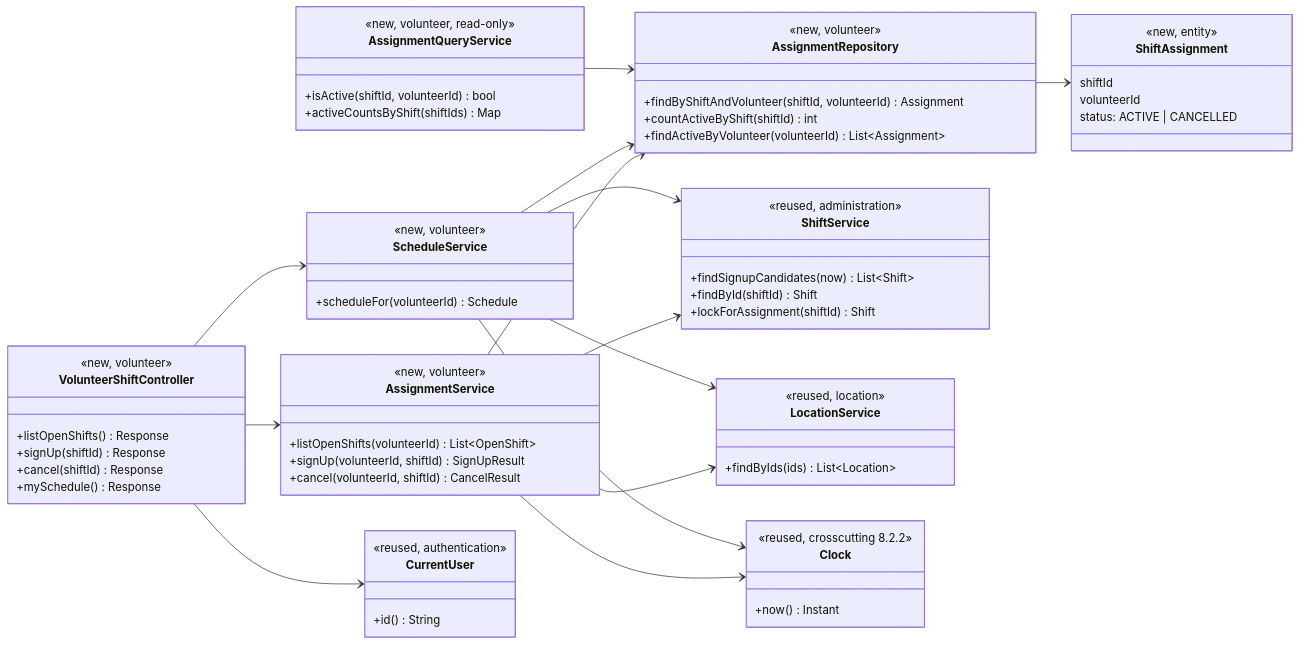
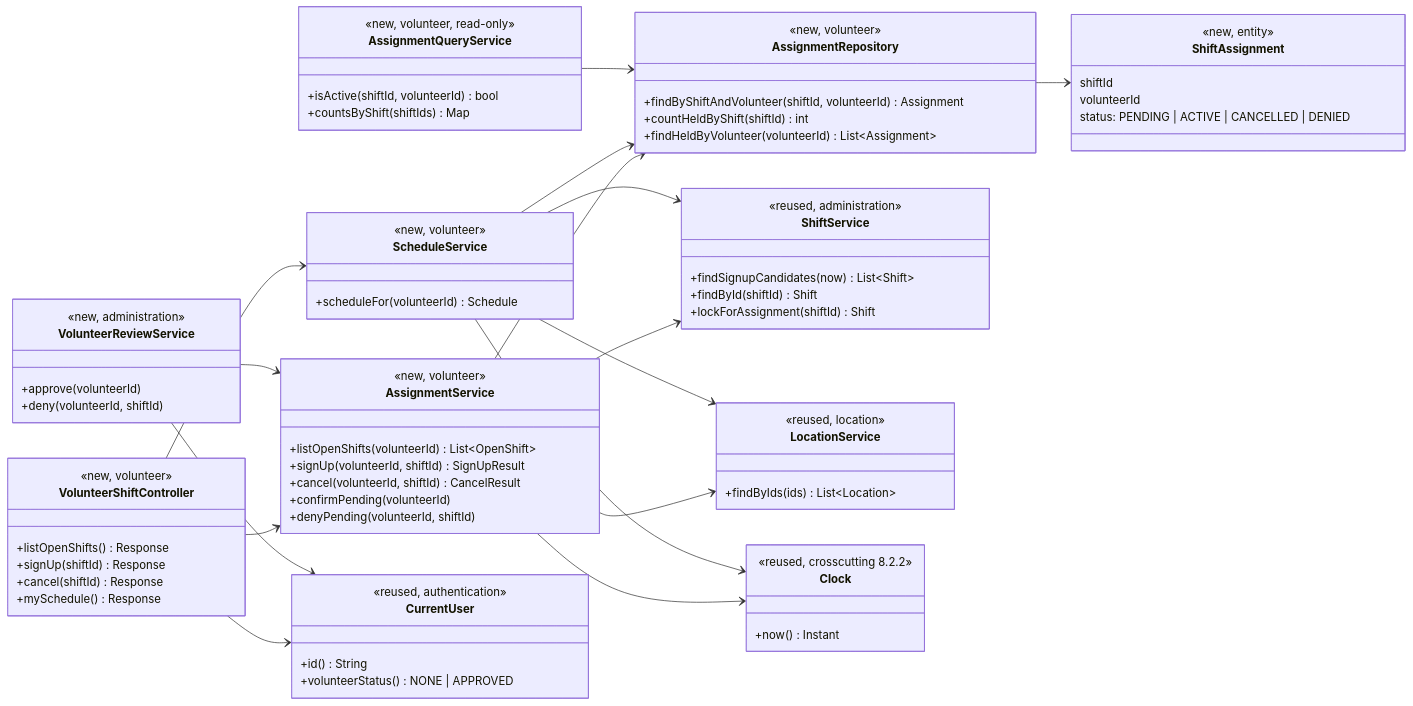
The first of 6 diagrams in docs/design/vol.md (evelyntrann/cosc-40943-team-3-refrog), drawn with Mermaid before and after one commit. The commit also changed other lines of this file and 2 other files, not shown here.

First line of the commit message:
docs: volunteer approval and per-location slot count

````diff
--- a/docs/design/vol.md
+++ b/docs/design/vol.md
@@ -54,69 +55,79 @@
 ```mermaid
 classDiagram
     direction LR
     class VolunteerShiftController {
         <<new, volunteer>>
         +listOpenShifts() Response
         +signUp(shiftId) Response
         +cancel(shiftId) Response
         +mySchedule() Response
     }
     class AssignmentService {
         <<new, volunteer>>
         +listOpenShifts(volunteerId) List~OpenShift~
         +signUp(volunteerId, shiftId) SignUpResult
         +cancel(volunteerId, shiftId) CancelResult
+        +confirmPending(volunteerId)
+        +denyPending(volunteerId, shiftId)
+    }
+    class VolunteerReviewService {
+        <<new, administration>>
+        +approve(volunteerId)
+        +deny(volunteerId, shiftId)
     }
     class ScheduleService {
         <<new, volunteer>>
         +scheduleFor(volunteerId) Schedule
     }
     class AssignmentRepository {
         <<new, volunteer>>
         +findByShiftAndVolunteer(shiftId, volunteerId) Assignment
-        +countActiveByShift(shiftId) int
-        +findActiveByVolunteer(volunteerId) List~Assignment~
+        +countHeldByShift(shiftId) int
+        +findHeldByVolunteer(volunteerId) List~Assignment~
     }
     class AssignmentQueryService {
         <<new, volunteer, read-only>>
         +isActive(shiftId, volunteerId) bool
-        +activeCountsByShift(shiftIds) Map
+        +countsByShift(shiftIds) Map
     }
     class ShiftAssignment {
         <<new, entity>>
         shiftId
         volunteerId
-        status: ACTIVE | CANCELLED
+        status: PENDING | ACTIVE | CANCELLED | DENIED
     }
     class ShiftService {
         <<reused, administration>>
         +findSignupCandidates(now) List~Shift~
         +findById(shiftId) Shift
         +lockForAssignment(shiftId) Shift
     }
     class LocationService {
         <<reused, location>>
         +findByIds(ids) List~Location~
     }
     class CurrentUser {
         <<reused, authentication>>
         +id() String
+        +volunteerStatus() NONE | APPROVED
     }
     class Clock {
         <<reused, crosscutting 8.2.2>>
         +now() Instant
     }
     VolunteerShiftController --> AssignmentService
     VolunteerShiftController --> ScheduleService
     VolunteerShiftController --> CurrentUser
     AssignmentService --> AssignmentRepository
     AssignmentService --> ShiftService
     AssignmentService --> LocationService
     AssignmentService --> Clock
     ScheduleService --> AssignmentRepository
     ScheduleService --> ShiftService
     ScheduleService --> LocationService
     ScheduleService --> Clock
     AssignmentQueryService --> AssignmentRepository
     AssignmentRepository --> ShiftAssignment
+    VolunteerReviewService --> AssignmentService
+    VolunteerReviewService --> CurrentUser
 ```
````
